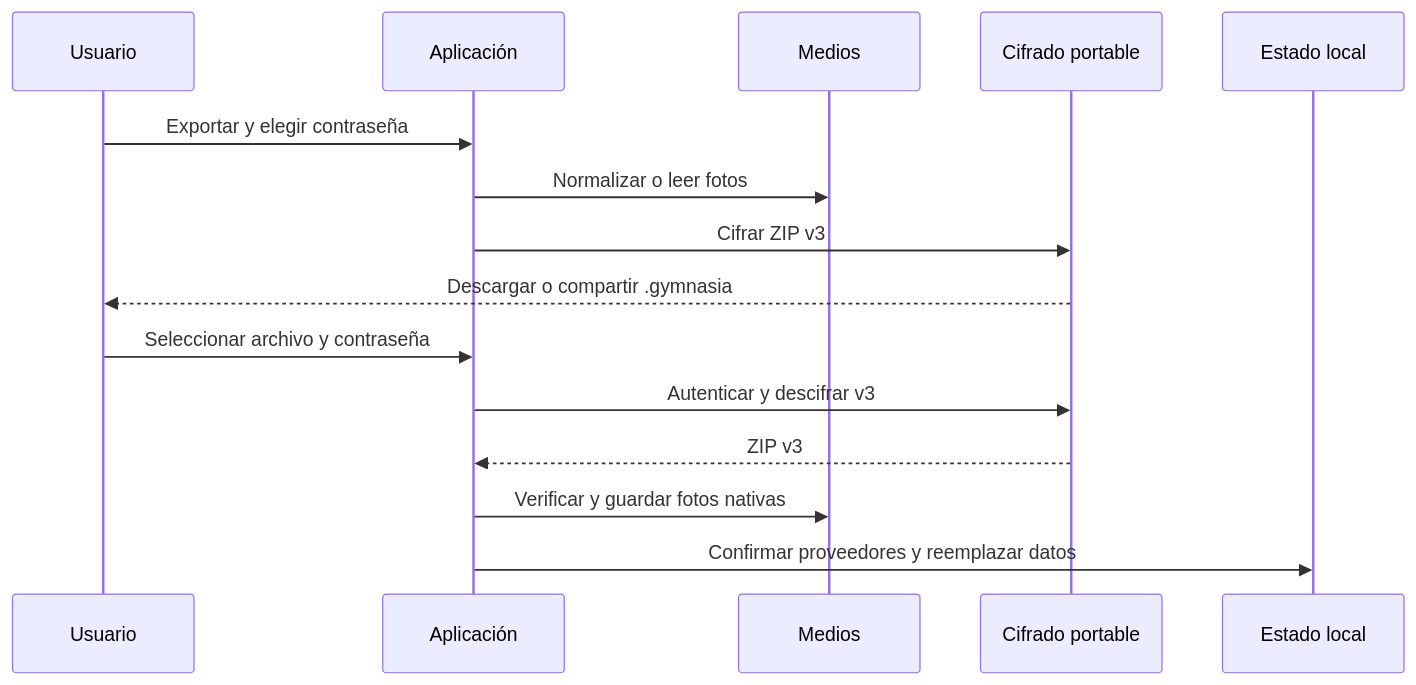
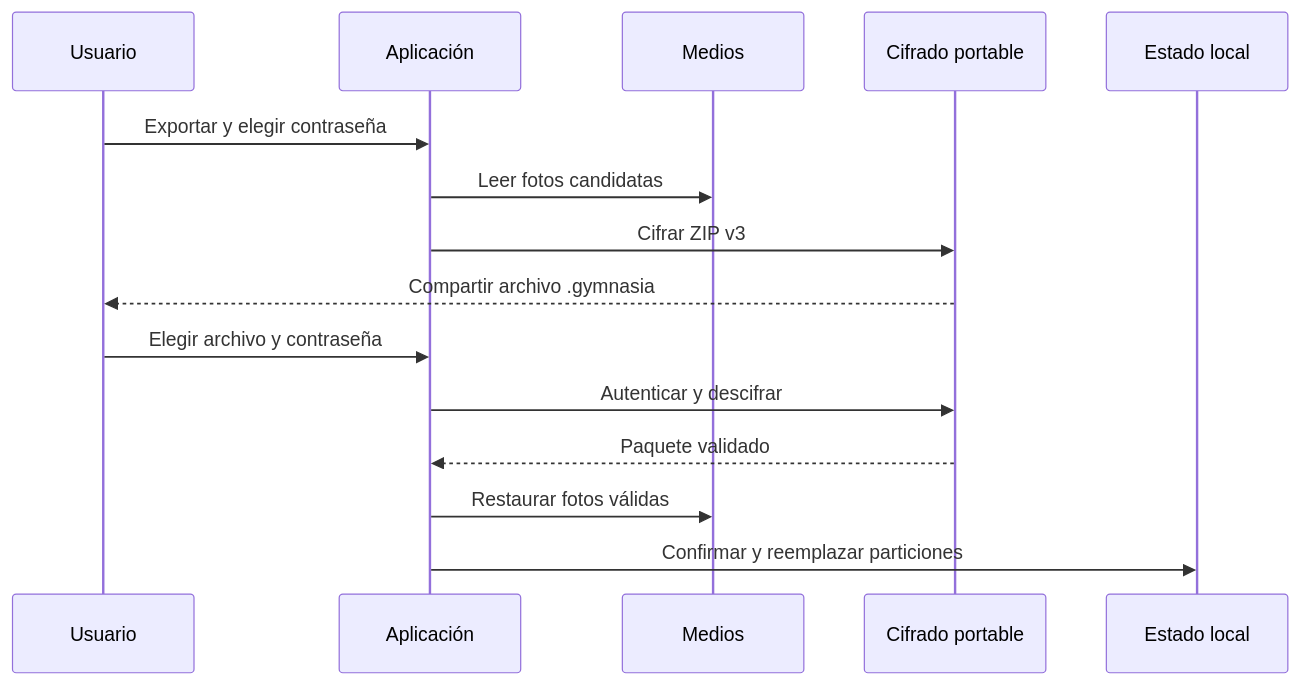
One commit to maximofn/gymnasia changed the second of 2 diagrams in openwiki/mobile/local-state-and-backup.md. Above: the diagram before and after it, drawn with Mermaid. The commit also changed other lines of this file and 41 other files, not shown here.

````diff
--- a/openwiki/mobile/local-state-and-backup.md
+++ b/openwiki/mobile/local-state-and-backup.md
@@ -117,17 +98,17 @@
 ```mermaid
 sequenceDiagram
   participant User as Usuario
   participant App as Aplicación
   participant Media as Medios
   participant Cipher as Cifrado portable
-  participant Storage as Estado local
+  participant Local as Estado local
   User->>App: Exportar y elegir contraseña
-  App->>Media: Normalizar o leer fotos
+  App->>Media: Leer fotos candidatas
   App->>Cipher: Cifrar ZIP v3
-  Cipher-->>User: Descargar o compartir .gymnasia
-  User->>App: Seleccionar archivo y contraseña
-  App->>Cipher: Autenticar y descifrar v3
-  Cipher-->>App: ZIP v3
-  App->>Media: Verificar y guardar fotos nativas
-  App->>Storage: Confirmar proveedores y reemplazar datos
+  Cipher-->>User: Compartir archivo .gymnasia
+  User->>App: Elegir archivo y contraseña
+  App->>Cipher: Autenticar y descifrar
+  Cipher-->>App: Paquete validado
+  App->>Media: Restaurar fotos válidas
+  App->>Local: Confirmar y reemplazar particiones
 ```
````
